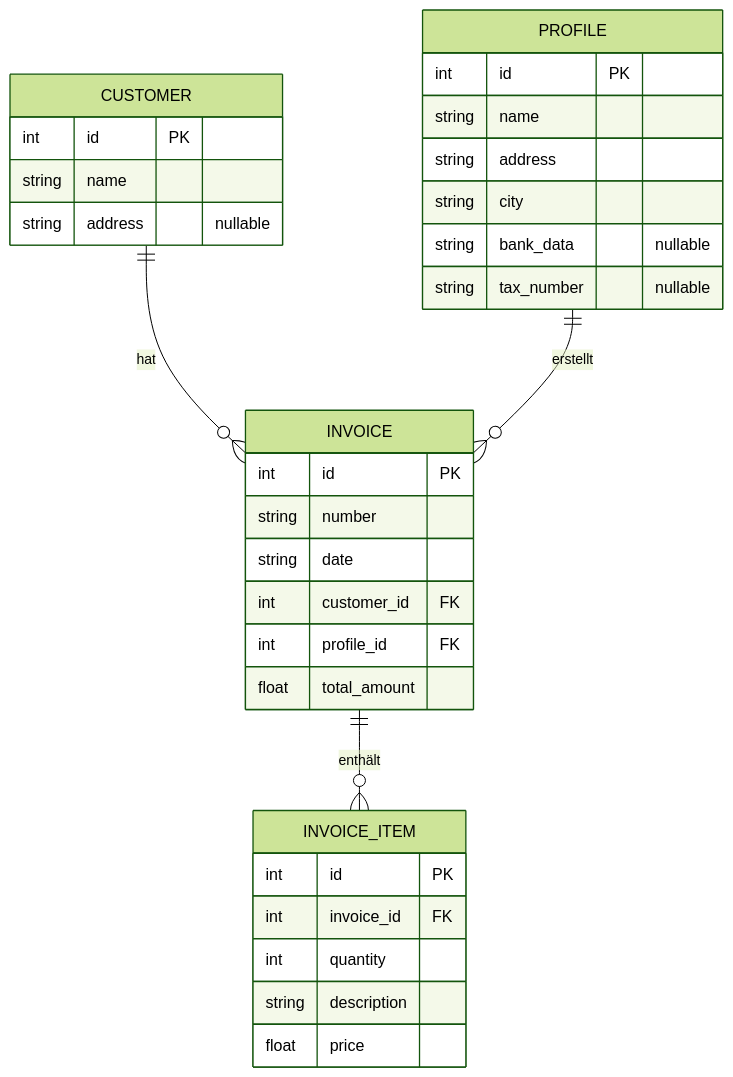
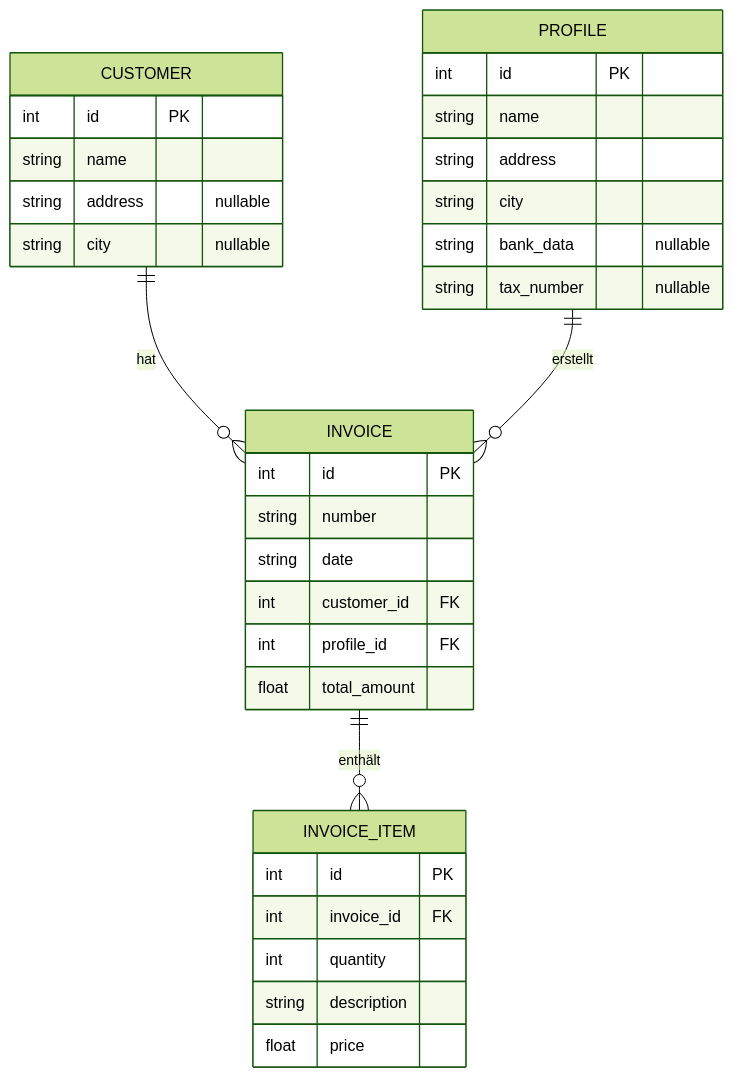
One commit to wontknow/Billino changed the diagram in README.md. Above: the diagram before and after it, drawn with Mermaid (forest theme).

````diff
--- a/README.md
+++ b/README.md
@@ -219,38 +219,39 @@
 ```mermaid
 erDiagram
     CUSTOMER ||--o{ INVOICE : "hat"
     PROFILE  ||--o{ INVOICE : "erstellt"
     INVOICE  ||--o{ INVOICE_ITEM : "enthält"
 
     CUSTOMER {
         int id PK
         string name
         string address "nullable"
+        string city "nullable"
     }
 
     PROFILE {
         int id PK
         string name
         string address
         string city
         string bank_data "nullable"
         string tax_number "nullable"
     }
 
     INVOICE {
         int id PK
         string number
         string date
         int customer_id FK
         int profile_id FK
         float total_amount
     }
 
     INVOICE_ITEM {
         int id PK
         int invoice_id FK
         int quantity
         string description
         float price
     }
   ```
````
